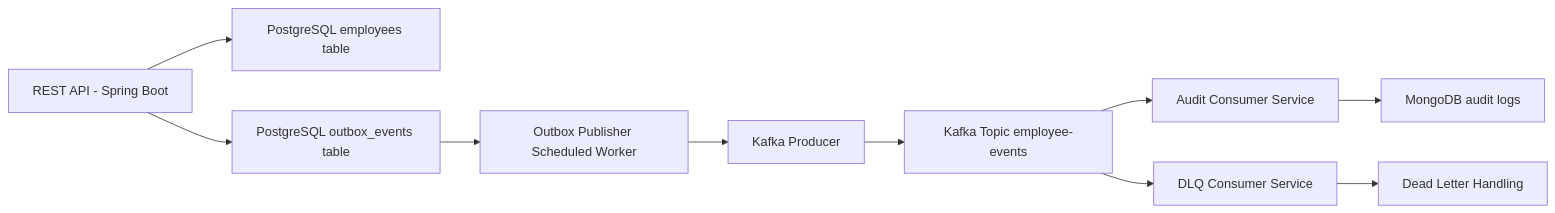
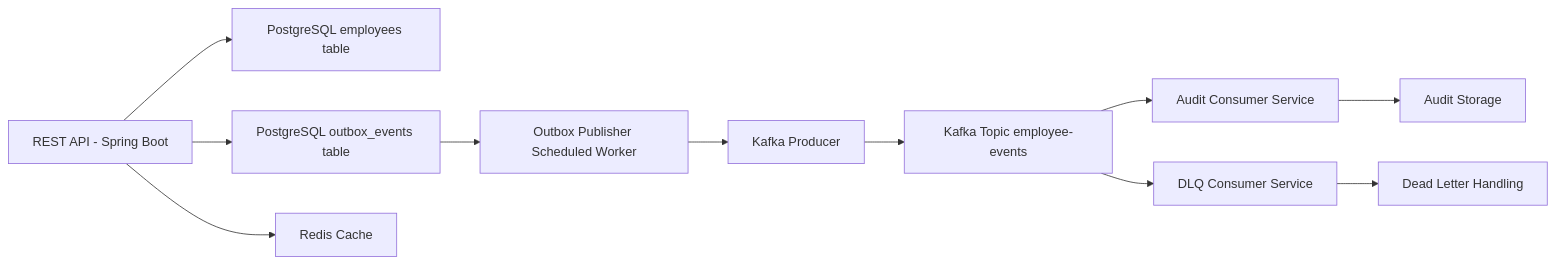
One commit to ankrbde/employee-management-api changed the diagram in ReadMe.md. Above: the diagram before and after it, drawn with Mermaid. The commit also changed other lines of this file, not shown here.

````diff
--- a/ReadMe.md
+++ b/ReadMe.md
@@ -33,17 +48,19 @@
 ```mermaid
 flowchart LR
 
 A[REST API - Spring Boot] --> B[PostgreSQL employees table]
 A --> C[PostgreSQL outbox_events table]
 
 C --> D[Outbox Publisher Scheduled Worker]
 D --> E[Kafka Producer]
 
 E --> F[Kafka Topic employee-events]
 
 F --> G1[Audit Consumer Service]
 F --> G2[DLQ Consumer Service]
 
-G1 --> H1[MongoDB audit logs]
+G1 --> H1[Audit Storage]
 G2 --> H2[Dead Letter Handling]
+
+A --> R[Redis Cache]
 ```
````
